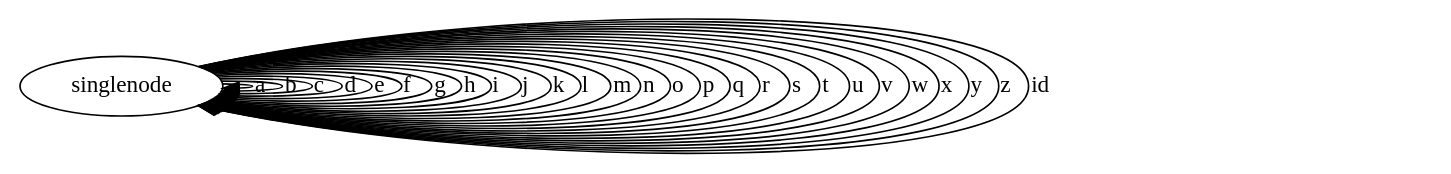
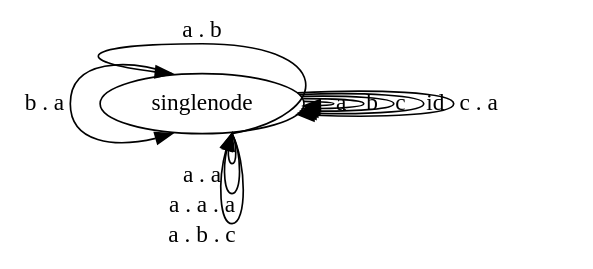
One commit to awalterschulze/category-theory-for-programmers-challenges changed the fourth of 6 diagrams in 103-Categories-Great-and-Small.md. Above: the diagram before and after it, drawn with Graphviz. The commit also changed other lines of this file and 1 other file, not shown here.

Commit message:
correction to homework 3

````diff
--- a/103-Categories-Great-and-Small.md
+++ b/103-Categories-Great-and-Small.md
@@ -51,31 +52,17 @@
 ```dot
 digraph G {
   singlenode -> singlenode [label="a"]
   singlenode -> singlenode [label="b"]
   singlenode -> singlenode [label="c"]
-  singlenode -> singlenode [label="d"]
-  singlenode -> singlenode [label="e"]
-  singlenode -> singlenode [label="f"]
-  singlenode -> singlenode [label="g"]
-  singlenode -> singlenode [label="h"]
-  singlenode -> singlenode [label="i"]
-  singlenode -> singlenode [label="j"]
-  singlenode -> singlenode [label="k"]
-  singlenode -> singlenode [label="l"]
-  singlenode -> singlenode [label="m"]
-  singlenode -> singlenode [label="n"]
-  singlenode -> singlenode [label="o"]
-  singlenode -> singlenode [label="p"]
-  singlenode -> singlenode [label="q"]
-  singlenode -> singlenode [label="r"]
-  singlenode -> singlenode [label="s"]
-  singlenode -> singlenode [label="t"]
-  singlenode -> singlenode [label="u"]
-  singlenode -> singlenode [label="v"]
-  singlenode -> singlenode [label="w"]
-  singlenode -> singlenode [label="x"]
-  singlenode -> singlenode [label="y"]
-  singlenode -> singlenode [label="z"]
+
   singlenode -> singlenode [label="id"]
+
+  singlenode:se -> singlenode:nw [label="a . b"]
+  singlenode:nw -> singlenode:sw [label="b . a"]
+  singlenode:se -> singlenode:se [label="a . a"]
+  singlenode:se -> singlenode:se [label="a . a . a"]
+  singlenode -> singlenode [label="c . a"]
+  singlenode:se -> singlenode:se [label="a . b . c"]
+
 }
 ```
````
